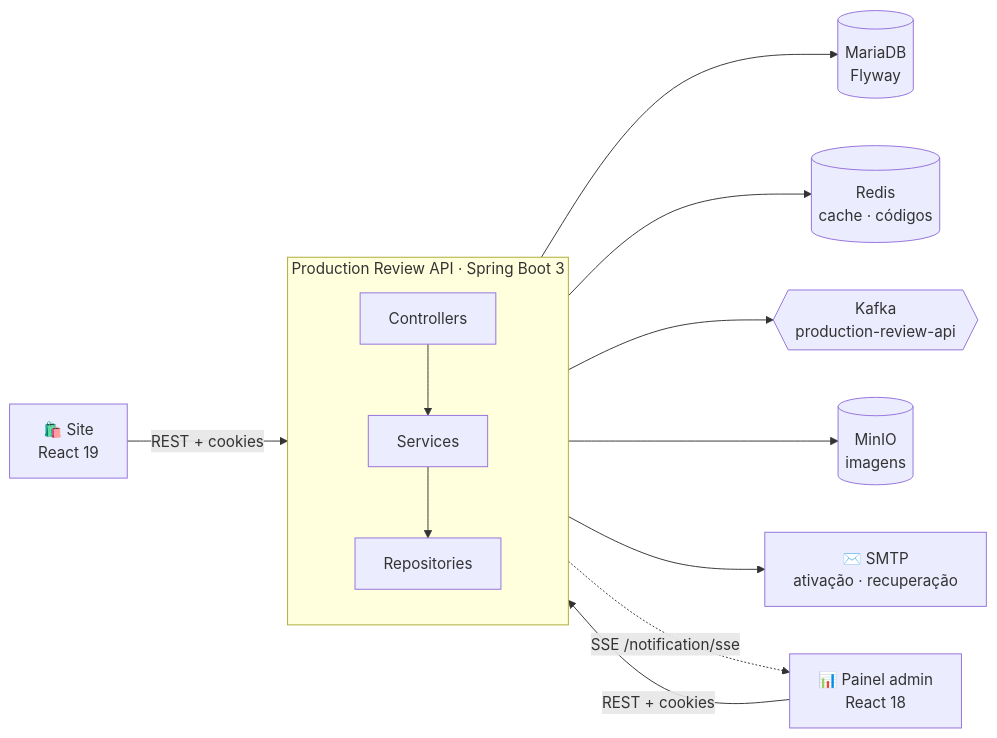
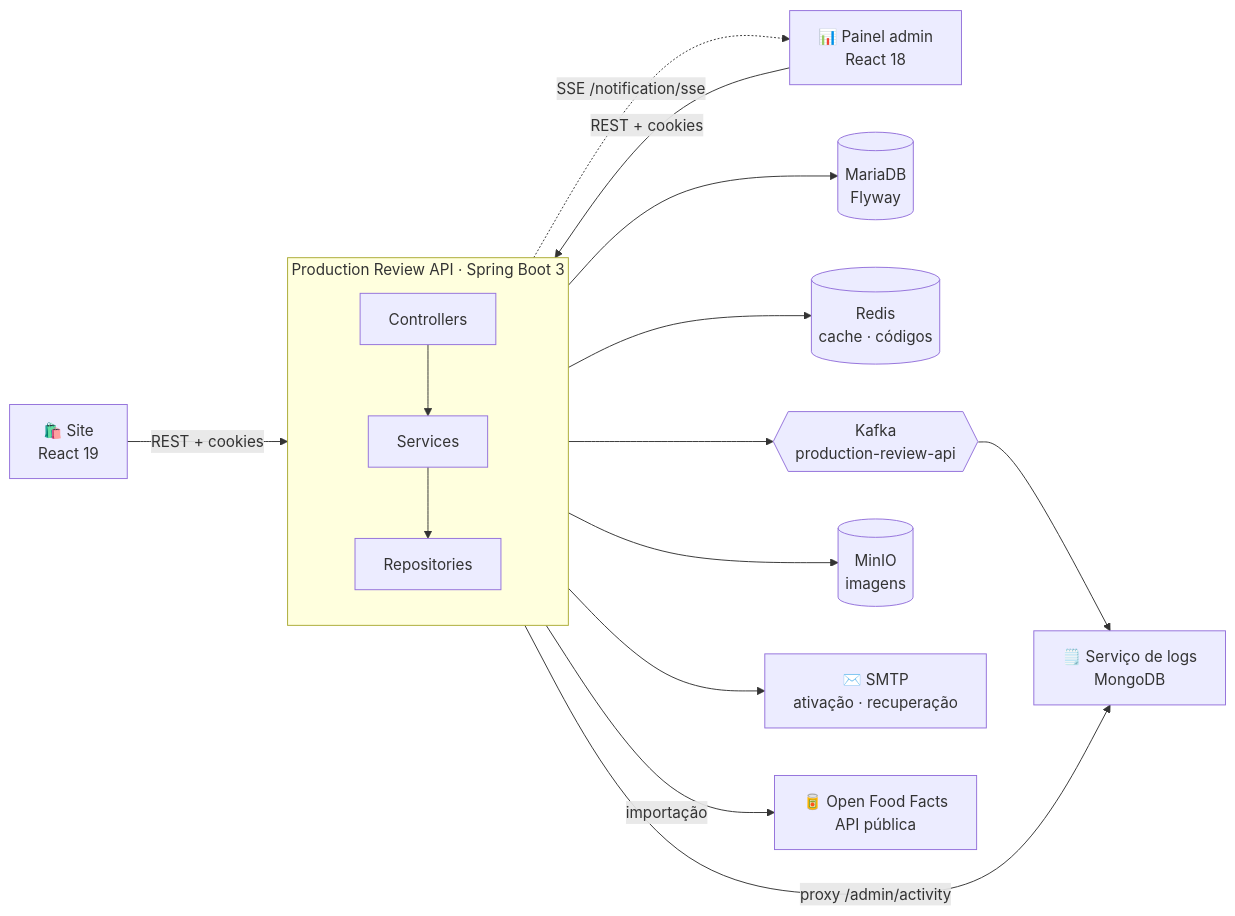
The first of 2 diagrams in README.md (erikomis/production-review-api), drawn with Mermaid before and after one commit. The commit also changed other lines of this file, not shown here.

Commit message:
docs: document ratings, moderation, admin, import and audit features

````diff
--- a/README.md
+++ b/README.md
@@ -51,17 +51,20 @@
 ```mermaid
 flowchart LR
     Site["🛍️ Site<br/>React 19"] -->|REST + cookies| API
     Painel["📊 Painel admin<br/>React 18"] -->|REST + cookies| API
     API -.->|SSE /notification/sse| Painel
 
     subgraph API["Production Review API · Spring Boot 3"]
       direction TB
       C["Controllers"] --> S["Services"] --> R["Repositories"]
     end
 
     R --> DB[("MariaDB<br/>Flyway")]
     S --> Redis[("Redis<br/>cache · códigos")]
     S --> Kafka{{"Kafka<br/>production-review-api"}}
     S --> MinIO[("MinIO<br/>imagens")]
     S --> SMTP["✉️ SMTP<br/>ativação · recuperação"]
+    S -->|importação| OFF["🥫 Open Food Facts<br/>API pública"]
+    Kafka --> Logs["🗒️ Serviço de logs<br/>MongoDB"]
+    S -->|proxy /admin/activity| Logs
 ```
````
